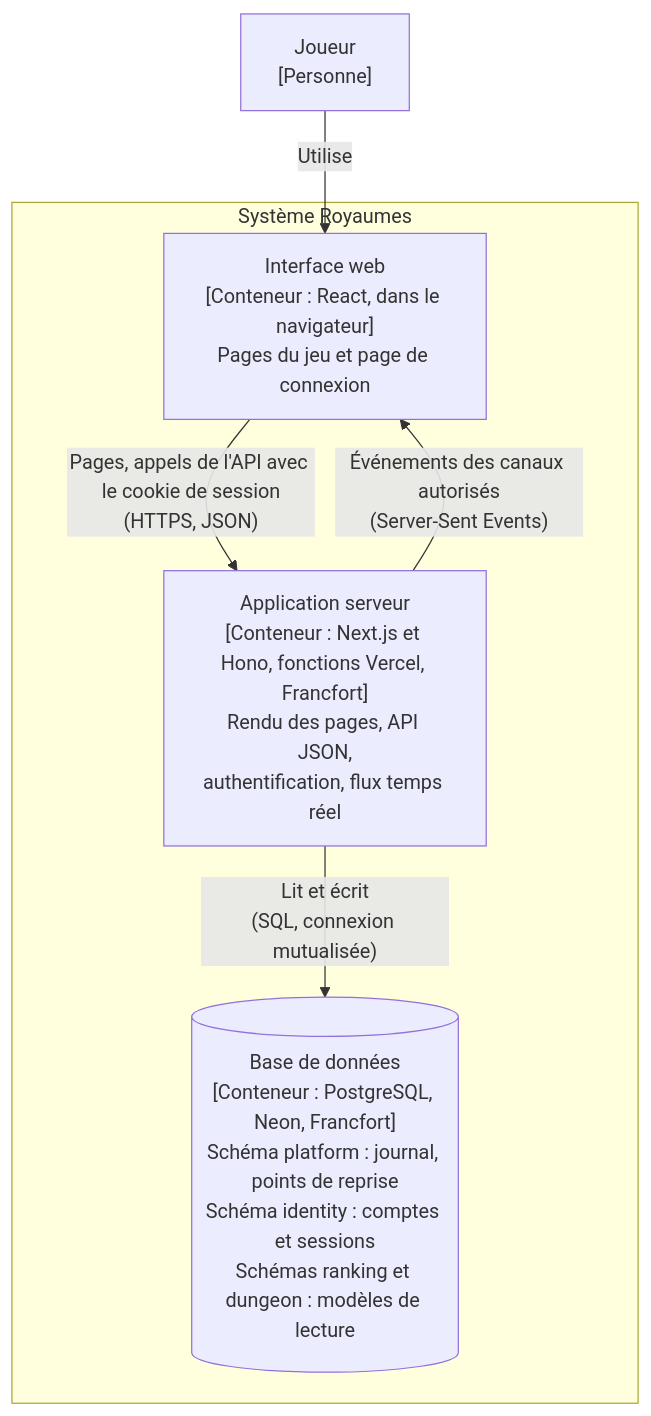
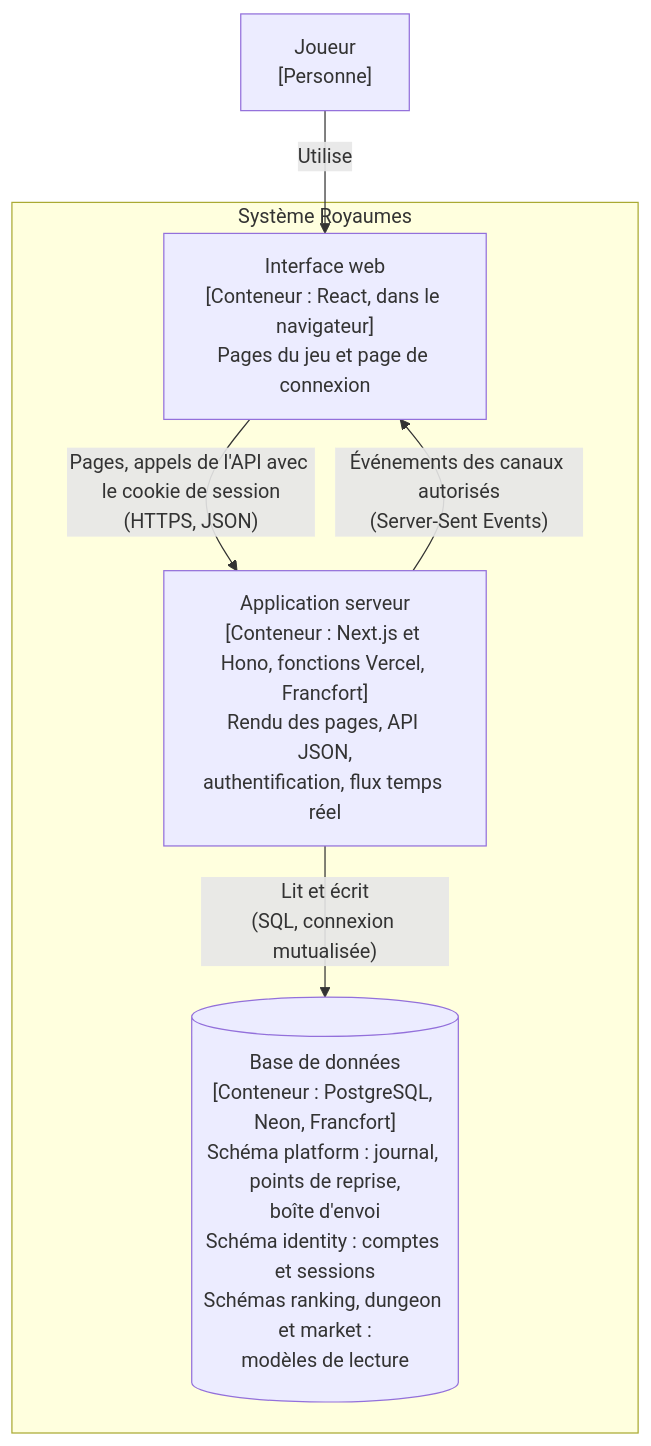
The second of 4 diagrams in docs/architecture.md (Swixos/royaumes), drawn with Mermaid before and after one commit. The commit also changed other lines of this file and 1 other file, not shown here.

First line of the commit message:
docs: update the market documentation

````diff
--- a/docs/architecture.md
+++ b/docs/architecture.md
@@ -25,13 +25,13 @@
 ```mermaid
 flowchart TB
   joueur["Joueur<br/>[Personne]"]
   subgraph royaumes["Système Royaumes"]
     web["Interface web<br/>[Conteneur : React, dans le navigateur]<br/>Pages du jeu et page de connexion"]
     serveur["Application serveur<br/>[Conteneur : Next.js et Hono, fonctions Vercel, Francfort]<br/>Rendu des pages, API JSON,<br/>authentification, flux temps réel"]
-    base[("Base de données<br/>[Conteneur : PostgreSQL, Neon, Francfort]<br/>Schéma platform : journal, points de reprise<br/>Schéma identity : comptes et sessions<br/>Schémas ranking et dungeon : modèles de lecture")]
+    base[("Base de données<br/>[Conteneur : PostgreSQL, Neon, Francfort]<br/>Schéma platform : journal, points de reprise,<br/>boîte d'envoi<br/>Schéma identity : comptes et sessions<br/>Schémas ranking, dungeon et market :<br/>modèles de lecture")]
   end
   joueur -->|"Utilise"| web
   web -->|"Pages, appels de l'API avec le cookie de session<br/>(HTTPS, JSON)"| serveur
   serveur -->|"Événements des canaux autorisés<br/>(Server-Sent Events)"| web
   serveur -->|"Lit et écrit<br/>(SQL, connexion mutualisée)"| base
 ```
````
